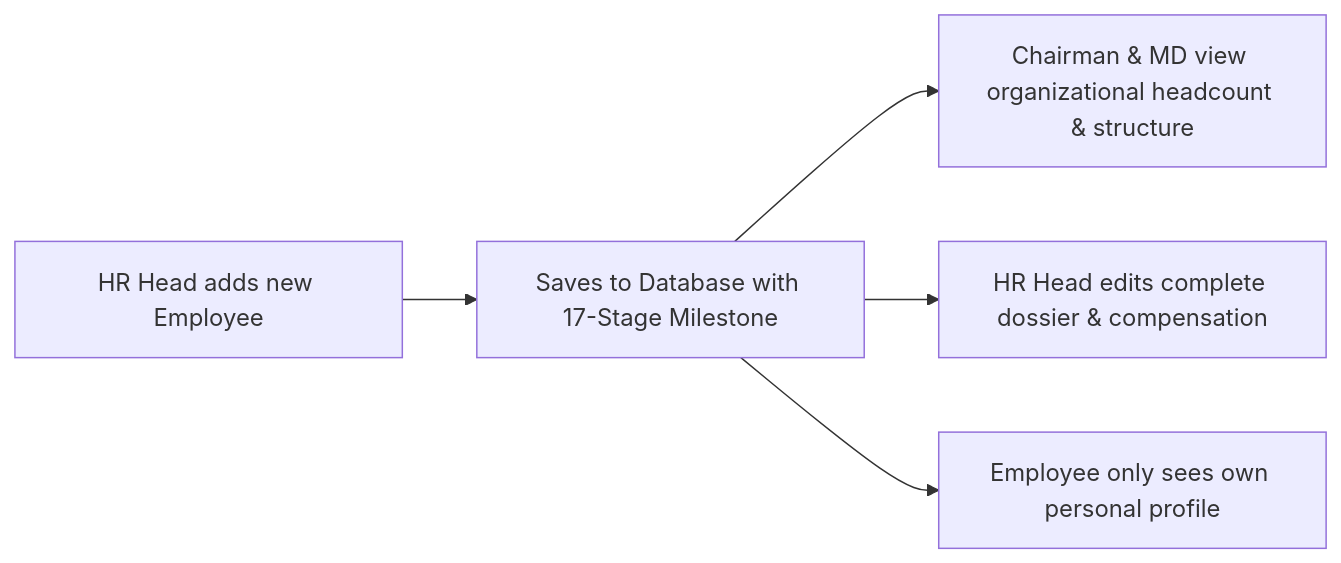
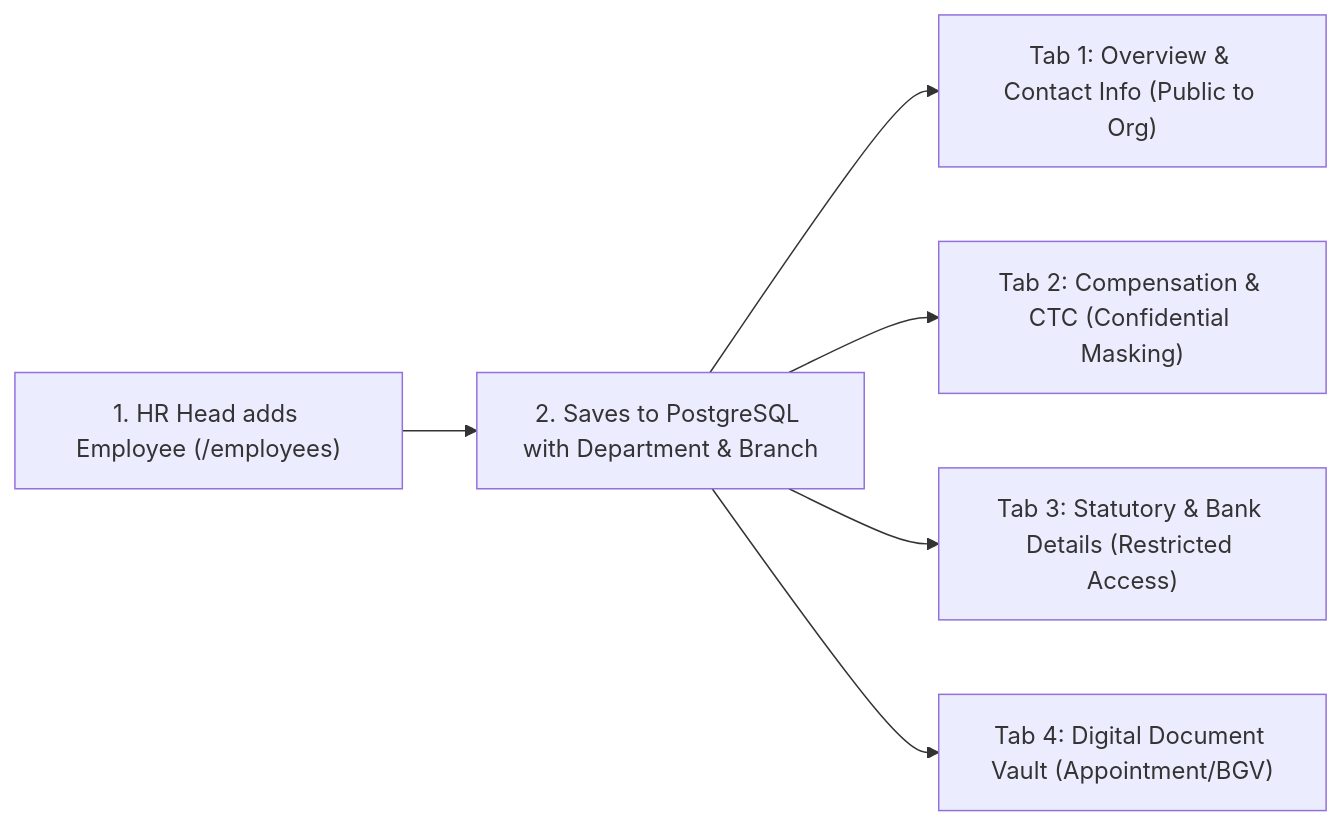
Before and after one commit to ViruzVerse-Solutions/hrms: the third of 10 diagrams in docs/PHASE_TESTING_GUIDE.md, drawn with Mermaid. The commit also changed other lines of this file and 9 other files, not shown here.

````diff
--- a/docs/PHASE_TESTING_GUIDE.md
+++ b/docs/PHASE_TESTING_GUIDE.md
@@ -95,7 +92,8 @@
 ```mermaid
 flowchart LR
-    HR_Add["HR Head adds new Employee"] --> SaveDB["Saves to Database with 17-Stage Milestone"]
-    SaveDB --> ViewExec["Chairman & MD view organizational headcount & structure"]
-    SaveDB --> ViewHR["HR Head edits complete dossier & compensation"]
-    SaveDB --> ViewEmp["Employee only sees own personal profile"]
+    CreateEmp["1. HR Head adds Employee (/employees)"] --> DB["2. Saves to PostgreSQL with Department & Branch"]
+    DB --> Tab1["Tab 1: Overview & Contact Info (Public to Org)"]
+    DB --> Tab2["Tab 2: Compensation & CTC (Confidential Masking)"]
+    DB --> Tab3["Tab 3: Statutory & Bank Details (Restricted Access)"]
+    DB --> Tab4["Tab 4: Digital Document Vault (Appointment/BGV)"]
 ```
````
